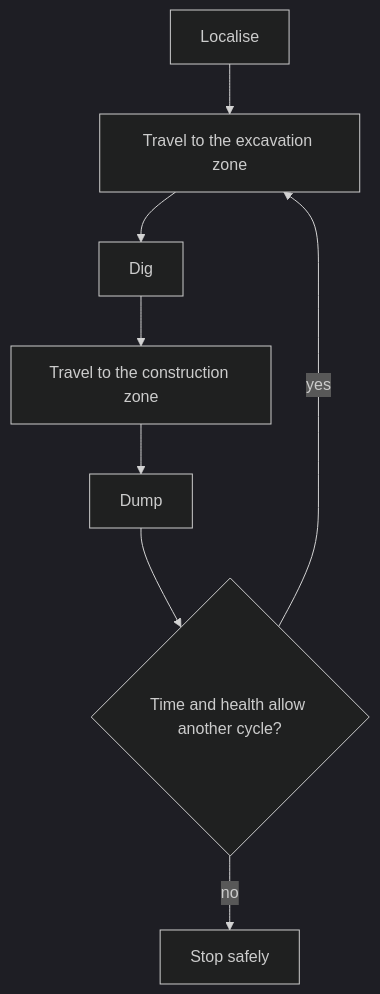
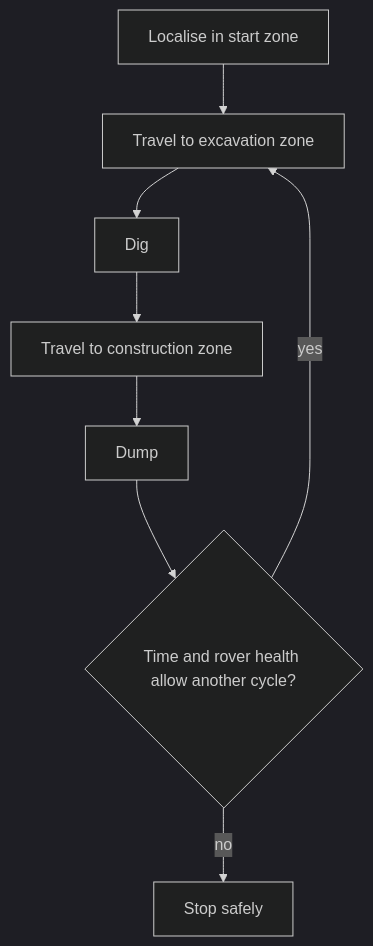
Before and after one commit to InnovaRobotics/innex-1: the diagram in docs/system/navigation-and-mission.md, drawn with Mermaid (dark theme). The commit also changed other lines of this file and 10 other files, not shown here.

````diff
--- a/docs/system/navigation-and-mission.md
+++ b/docs/system/navigation-and-mission.md
@@ -41,10 +41,10 @@
 ```mermaid
 flowchart TD
-    localise["Localise"] --> travel1["Travel to the excavation zone"]
+    localise["Localise in start zone"] --> travel1["Travel to excavation zone"]
     travel1 --> dig["Dig"]
-    dig --> travel2["Travel to the construction zone"]
+    dig --> travel2["Travel to construction zone"]
     travel2 --> dump["Dump"]
-    dump --> decide{"Time and health allow another cycle?"}
+    dump --> decide{"Time and rover health allow another cycle?"}
     decide -->|yes| travel1
     decide -->|no| stop["Stop safely"]
 ```
````
